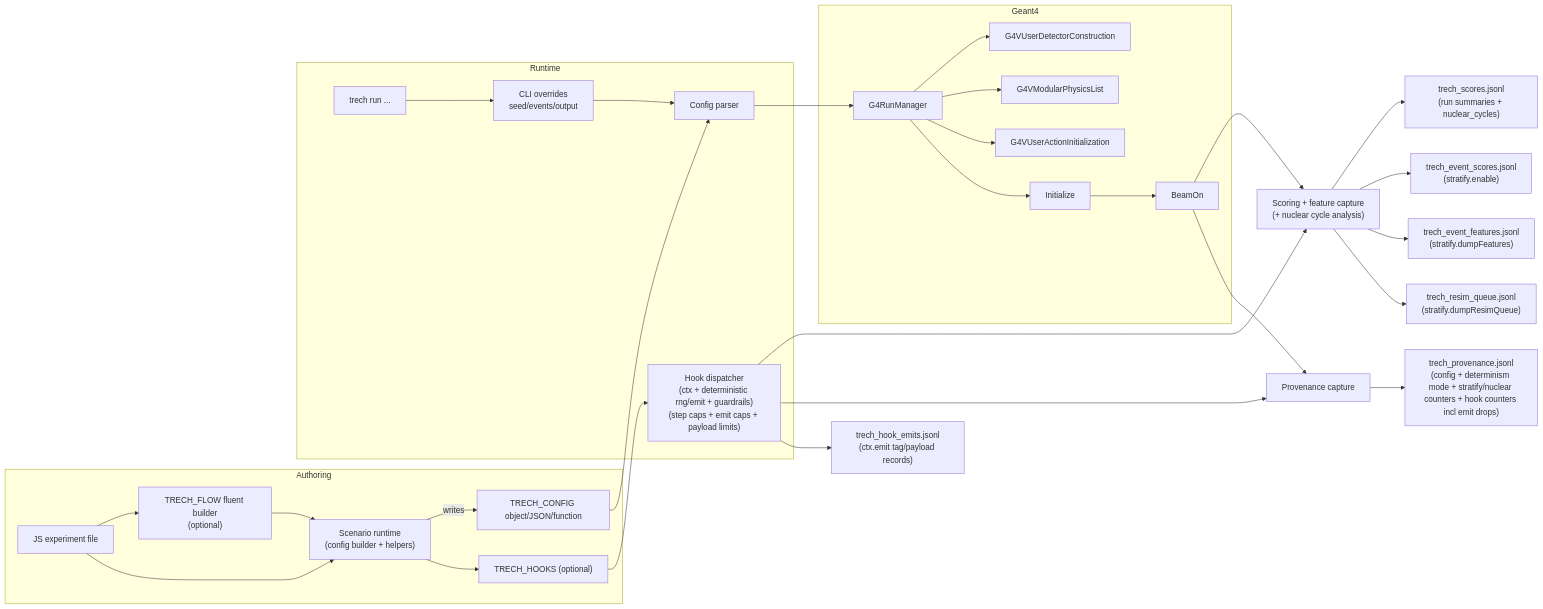
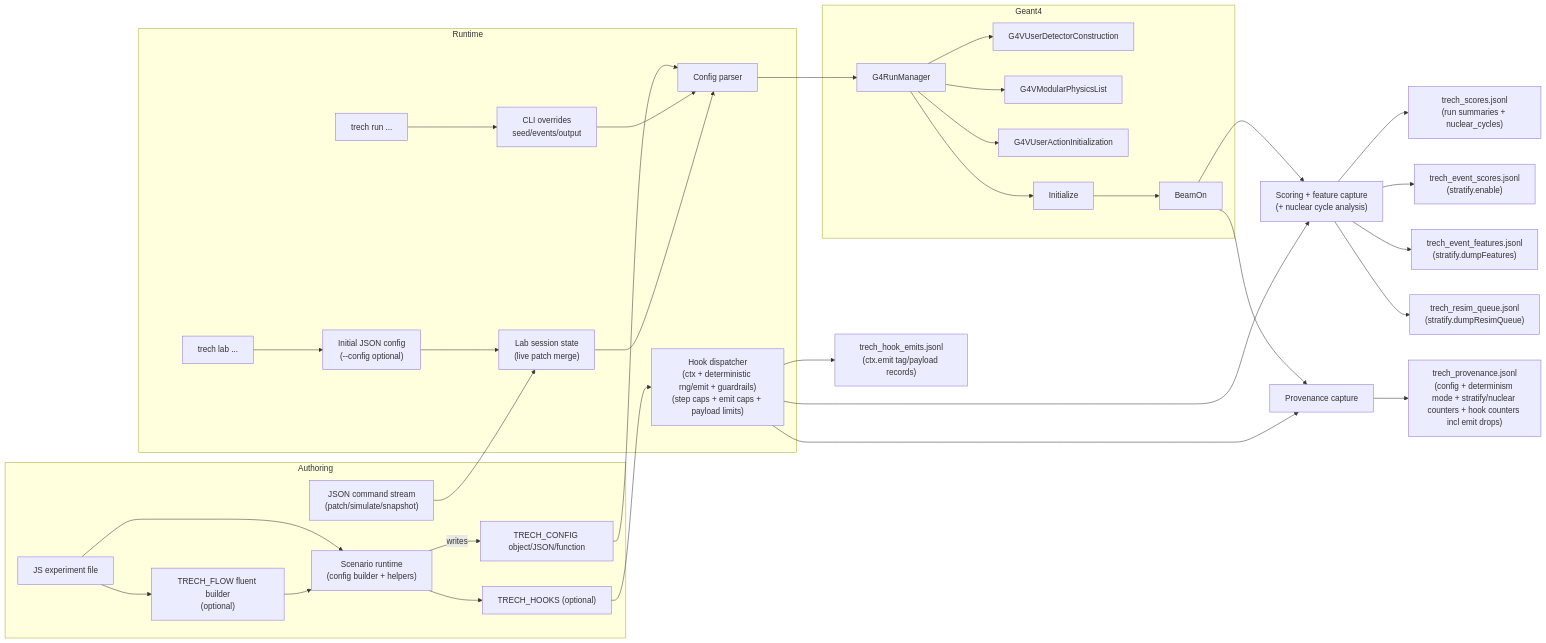
Before and after one commit to Geckos-Ink/trech: the first of 9 diagrams in CHARTS.md, drawn with Mermaid. The commit also changed other lines of this file and 17 other files, not shown here.

````diff
--- a/CHARTS.md
+++ b/CHARTS.md
@@ -9,34 +9,39 @@
 ```mermaid
 flowchart LR
   subgraph Authoring
     JS["JS experiment file"] --> FLOW["TRECH_FLOW fluent builder\n(optional)"]
     JS --> SCEN["Scenario runtime\n(config builder + helpers)"]
     FLOW --> SCEN
     SCEN -->|writes| CFG["TRECH_CONFIG object/JSON/function"]
     SCEN --> HOOKS["TRECH_HOOKS (optional)"]
+    CMD["JSON command stream\n(patch/simulate/snapshot)"]
   end
   subgraph Runtime
     CLI["trech run ..."] --> OV["CLI overrides\nseed/events/output"]
+    LABCLI["trech lab ..."] --> LABCFG["Initial JSON config\n(--config optional)"]
+    CMD --> LABSESS["Lab session state\n(live patch merge)"]
+    LABCFG --> LABSESS
     CFG --> PARSE["Config parser"]
     OV --> PARSE
+    LABSESS --> PARSE
     HOOKS --> HOOKDISP["Hook dispatcher\n(ctx + deterministic rng/emit + guardrails)\n(step caps + emit caps + payload limits)"]
   end
   subgraph Geant4
     PARSE --> RM["G4RunManager"]
     RM --> DET["G4VUserDetectorConstruction"]
     RM --> PHY["G4VModularPhysicsList"]
     RM --> ACT["G4VUserActionInitialization"]
     RM --> INIT["Initialize"]
     INIT --> BEAM["BeamOn"]
   end
   BEAM --> SCORE["Scoring + feature capture\n(+ nuclear cycle analysis)"]
   BEAM --> PROV["Provenance capture"]
   HOOKDISP --> SCORE
   HOOKDISP --> PROV
   SCORE --> OUT1["trech_scores.jsonl\n(run summaries + nuclear_cycles)"]
   SCORE --> OUT2["trech_event_scores.jsonl\n(stratify.enable)"]
   SCORE --> OUT3["trech_event_features.jsonl\n(stratify.dumpFeatures)"]
   SCORE --> OUT4["trech_resim_queue.jsonl\n(stratify.dumpResimQueue)"]
   PROV --> OUT5["trech_provenance.jsonl\n(config + determinism mode + stratify/nuclear counters + hook counters incl emit drops)"]
   HOOKDISP --> OUT6["trech_hook_emits.jsonl\n(ctx.emit tag/payload records)"]
 ```
````
